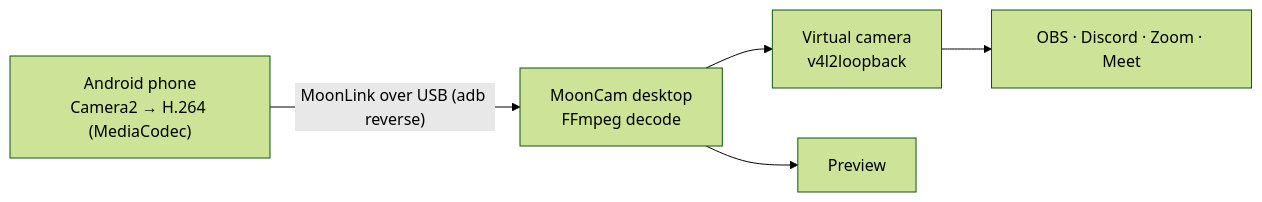
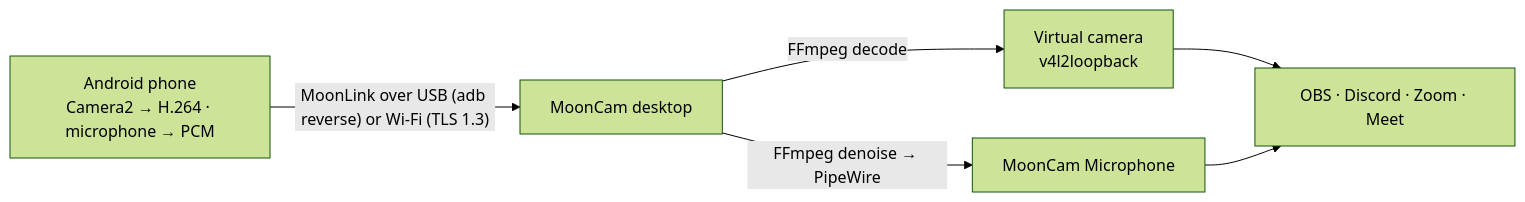
The diagram in README.md (Moon-TechnologiesCO/MoonCam), drawn with Mermaid (forest theme) before and after one commit. The commit also changed other lines of this file and 16 other files, not shown here.

First line of the commit message:
MoonCam 0.4.0: new website, README and release layout

````diff
--- a/README.md
+++ b/README.md
@@ -52,7 +67,8 @@
 ```mermaid
 flowchart LR
-  P["Android phone<br/>Camera2 → H.264 (MediaCodec)"] -- "MoonLink over USB (adb reverse)" --> D["MoonCam desktop<br/>FFmpeg decode"]
-  D --> V["Virtual camera<br/>v4l2loopback"]
-  D --> U["Preview"]
+  P["Android phone<br/>Camera2 → H.264 · microphone → PCM"] -- "MoonLink over USB (adb reverse) or Wi-Fi (TLS 1.3)" --> D["MoonCam desktop"]
+  D -- "FFmpeg decode" --> V["Virtual camera<br/>v4l2loopback"]
+  D -- "FFmpeg denoise → PipeWire" --> M["MoonCam Microphone"]
   V --> A["OBS · Discord · Zoom · Meet"]
+  M --> A
 ```
````
